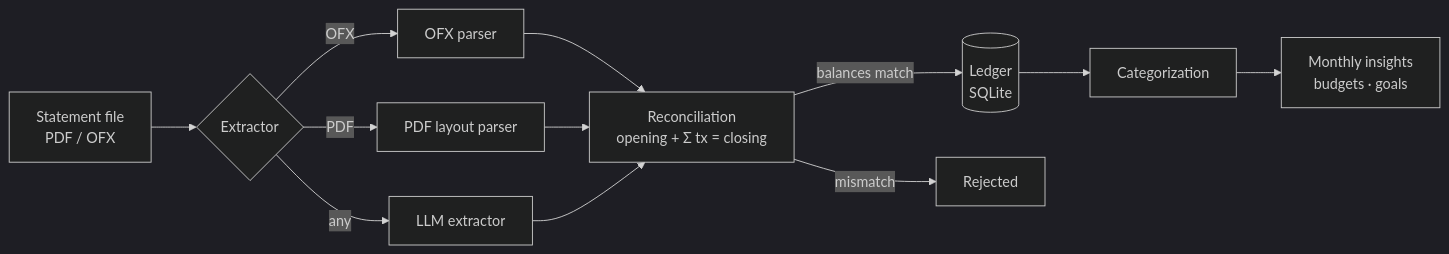
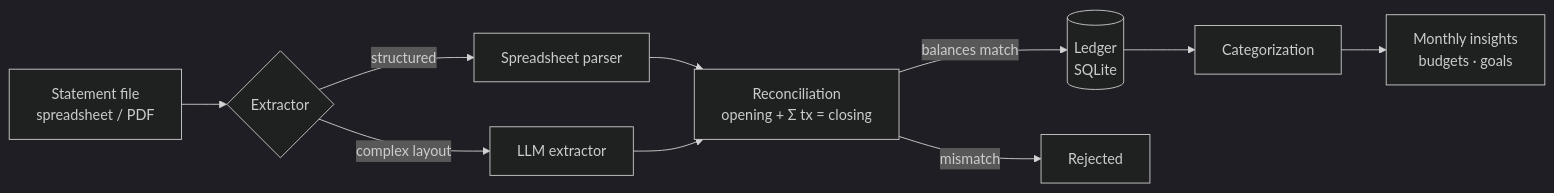
One commit to LSAndrad/fproject changed the diagram in README.md. Above: the diagram before and after it, drawn with Mermaid (dark theme). The commit also changed other lines of this file, not shown here.

First line of the commit message:
docs: revise roadmap after looking at real statements

````diff
--- a/README.md
+++ b/README.md
@@ -20,12 +20,11 @@
 ```mermaid
 flowchart LR
-    F[Statement file<br/>PDF / OFX] --> X{Extractor}
-    X -->|OFX| O[OFX parser]
-    X -->|PDF| P[PDF layout parser]
-    X -->|any| L[LLM extractor]
-    O & P & L --> R[Reconciliation<br/>opening + Σ tx = closing]
+    F[Statement file<br/>spreadsheet / PDF] --> X{Extractor}
+    X -->|structured| S[Spreadsheet parser]
+    X -->|complex layout| L[LLM extractor]
+    S & L --> R[Reconciliation<br/>opening + Σ tx = closing]
     R -->|balances match| DB[(Ledger<br/>SQLite)]
     R -->|mismatch| E[Rejected]
     DB --> C[Categorization]
     C --> A[Monthly insights<br/>budgets · goals]
 ```
````
